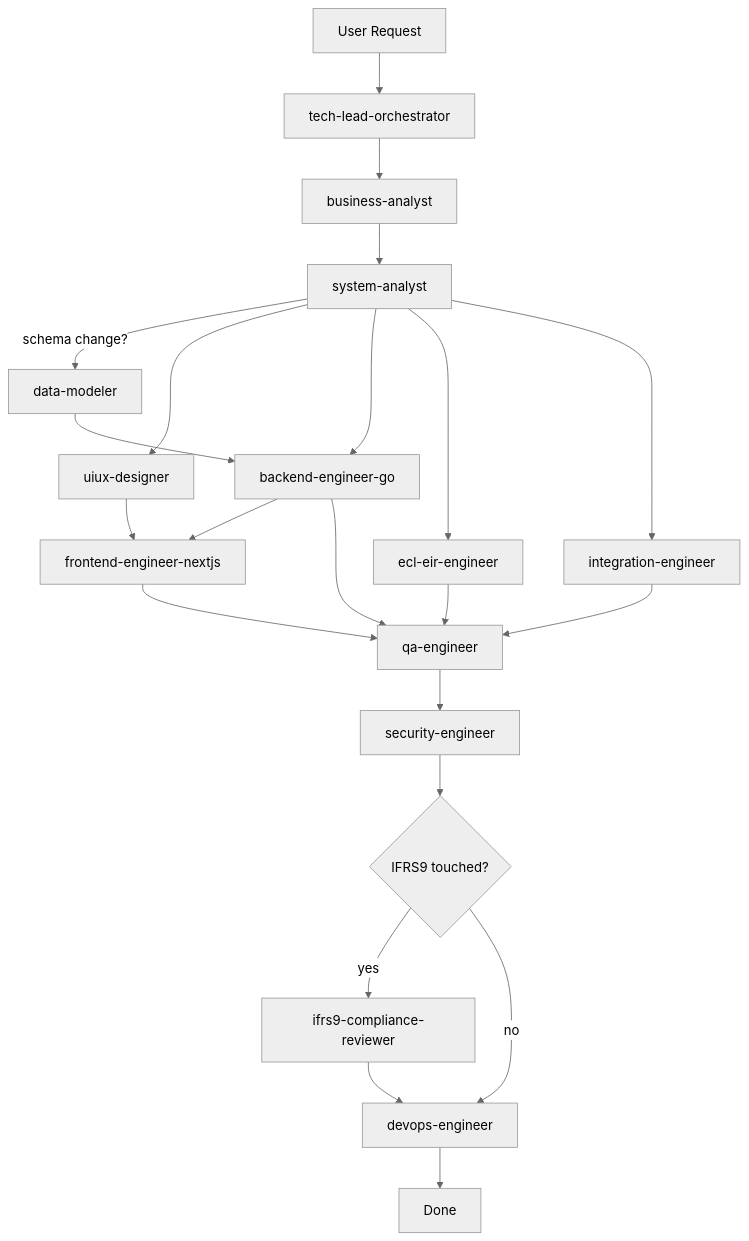
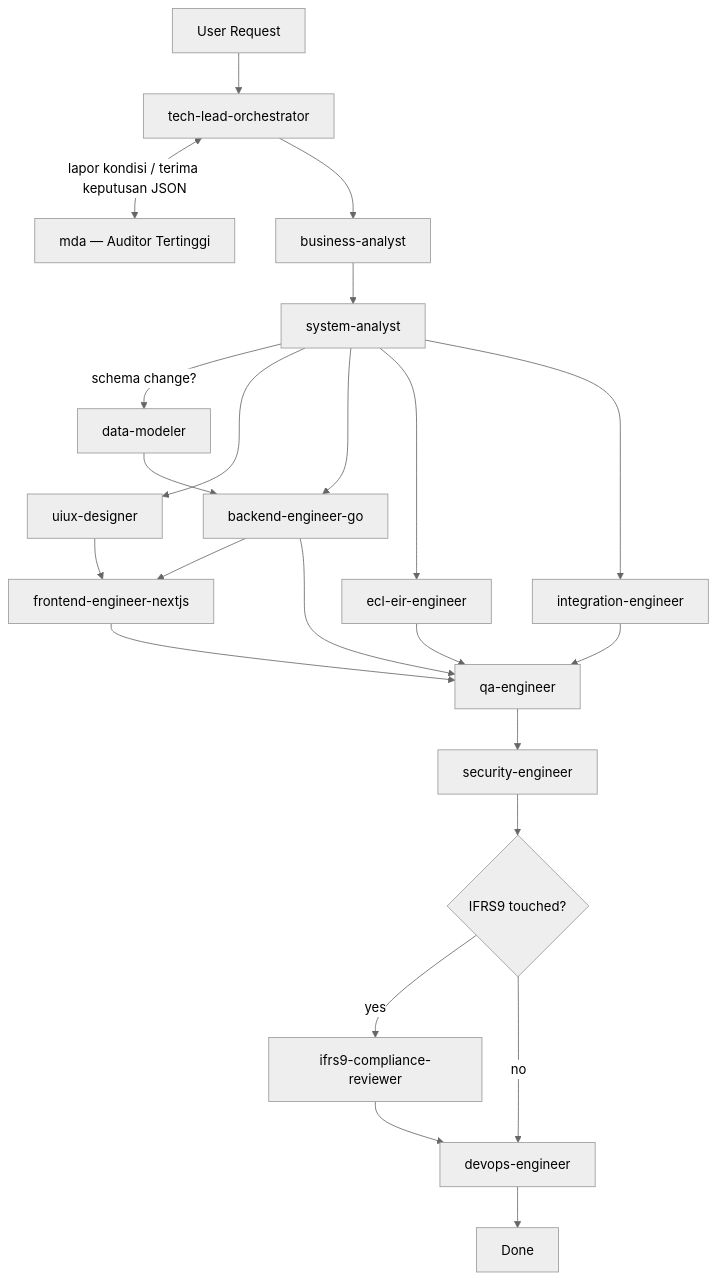
Before and after one commit to fairuzzbd/ifrs9ai: the diagram in .claude/AGENT-TEAM.md, drawn with Mermaid (neutral theme). The commit also changed other lines of this file and 3 other files, not shown here.

First line of the commit message:
chore(repo): install mda agent (Auditor Tertinggi) + governance layer

````diff
--- a/.claude/AGENT-TEAM.md
+++ b/.claude/AGENT-TEAM.md
@@ -56,24 +62,25 @@
 ```mermaid
 flowchart TD
     U[User Request] --> O[tech-lead-orchestrator]
+    O <-->|lapor kondisi / terima keputusan JSON| MDA[mda — Auditor Tertinggi]
     O --> BA[business-analyst]
     BA --> SA[system-analyst]
     SA -->|schema change?| DM[data-modeler]
     SA --> UX[uiux-designer]
     DM --> BE
     SA --> BE[backend-engineer-go]
     SA --> ECL[ecl-eir-engineer]
     SA --> INT[integration-engineer]
     UX --> FE[frontend-engineer-nextjs]
     BE --> FE
     BE --> QA[qa-engineer]
     ECL --> QA
     INT --> QA
     FE --> QA
     QA --> SEC[security-engineer]
     SEC --> CR{IFRS9 touched?}
     CR -->|yes| IFRS[ifrs9-compliance-reviewer]
     CR -->|no| DEV[devops-engineer]
     IFRS --> DEV
     DEV --> DONE[Done]
 ```
````
